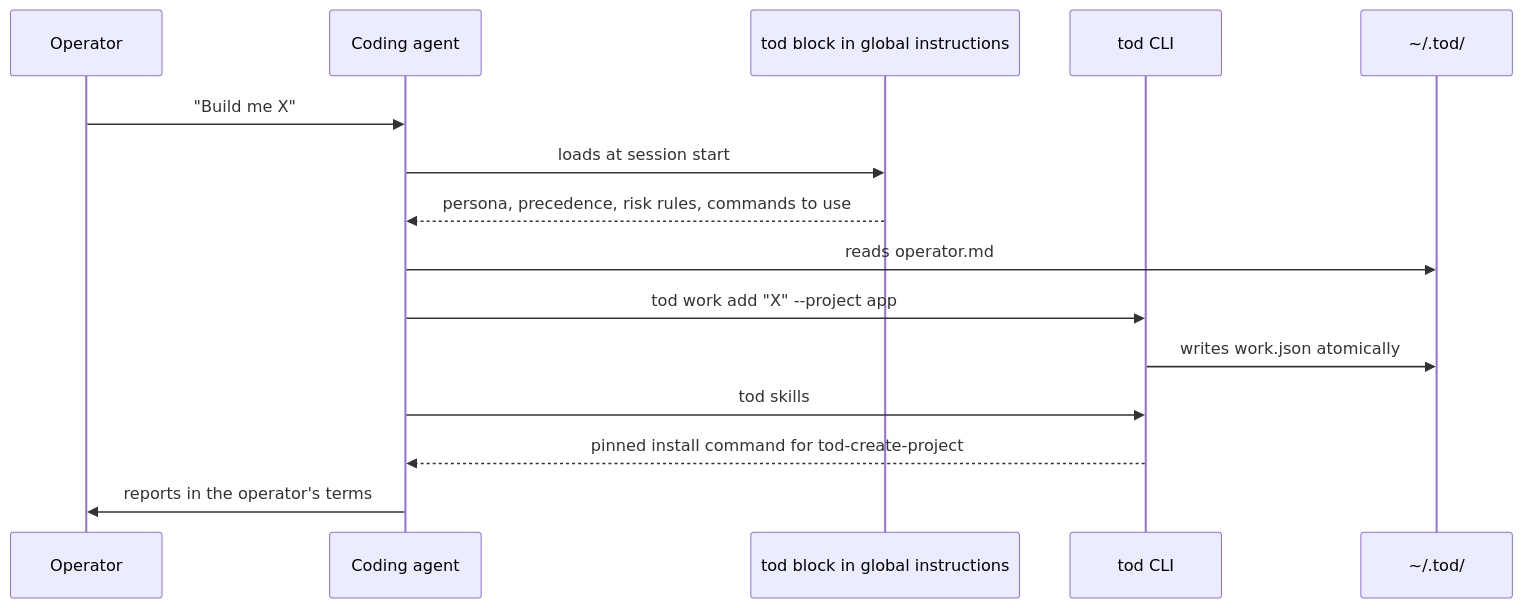
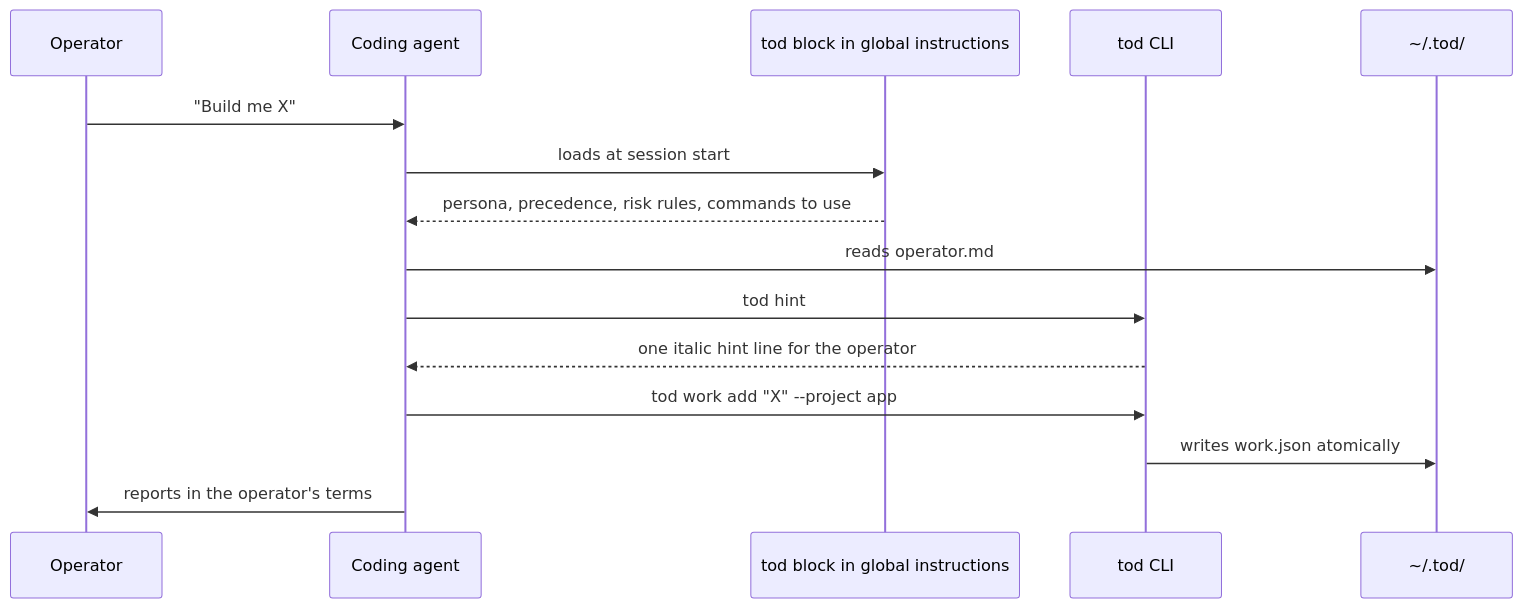
One commit to tylerhogarth/tod changed the first of 3 diagrams in docs/architecture.md. Above: the diagram before and after it, drawn with Mermaid. The commit also changed other lines of this file and 16 other files, not shown here.

First line of the commit message:
Add tod hint and report skill installation from init and sync

````diff
--- a/docs/architecture.md
+++ b/docs/architecture.md
@@ -26,18 +27,18 @@
 ```mermaid
 sequenceDiagram
     participant O as Operator
     participant A as Coding agent
     participant B as tod block in global instructions
     participant C as tod CLI
     participant S as ~/.tod/
 
     O->>A: "Build me X"
     A->>B: loads at session start
     B-->>A: persona, precedence, risk rules, commands to use
     A->>S: reads operator.md
+    A->>C: tod hint
+    C-->>A: one italic hint line for the operator
     A->>C: tod work add "X" --project app
     C->>S: writes work.json atomically
-    A->>C: tod skills
-    C-->>A: pinned install command for tod-create-project
     A->>O: reports in the operator's terms
 ```
````
